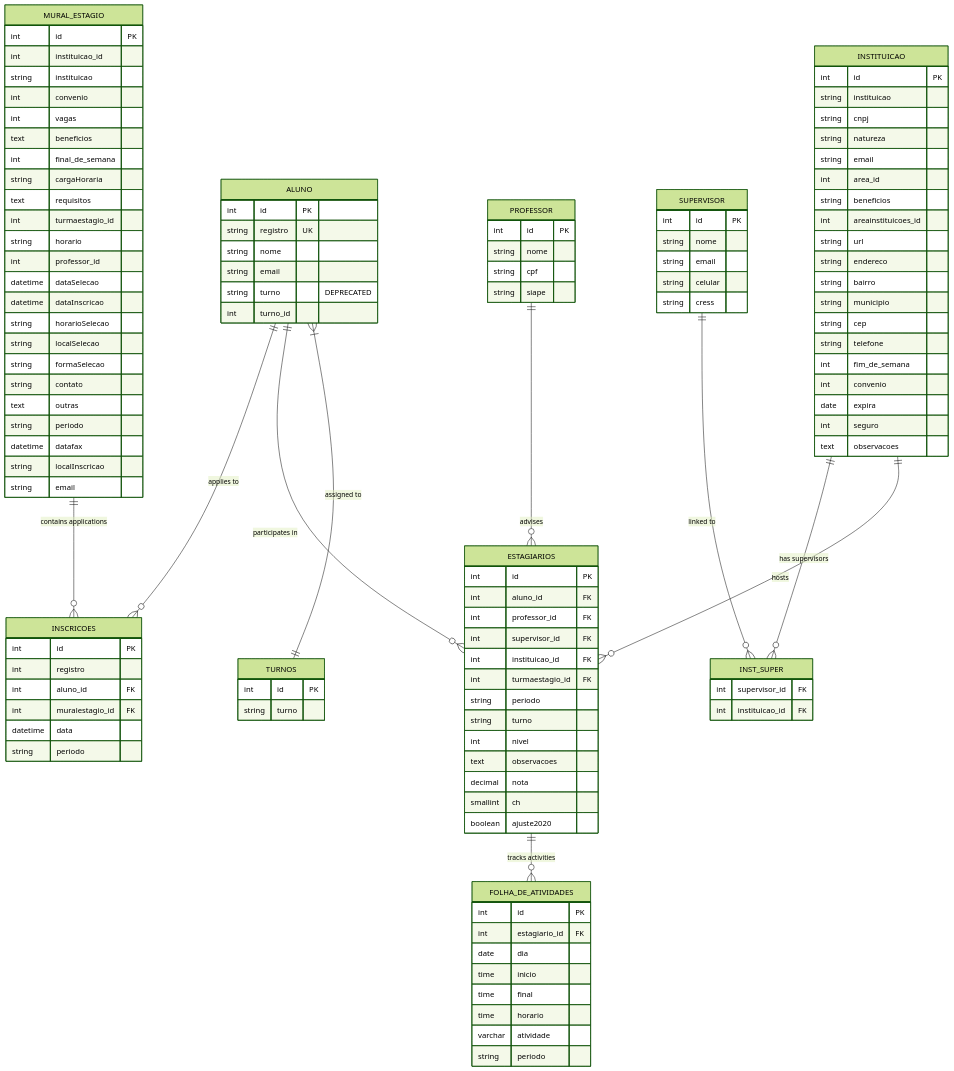
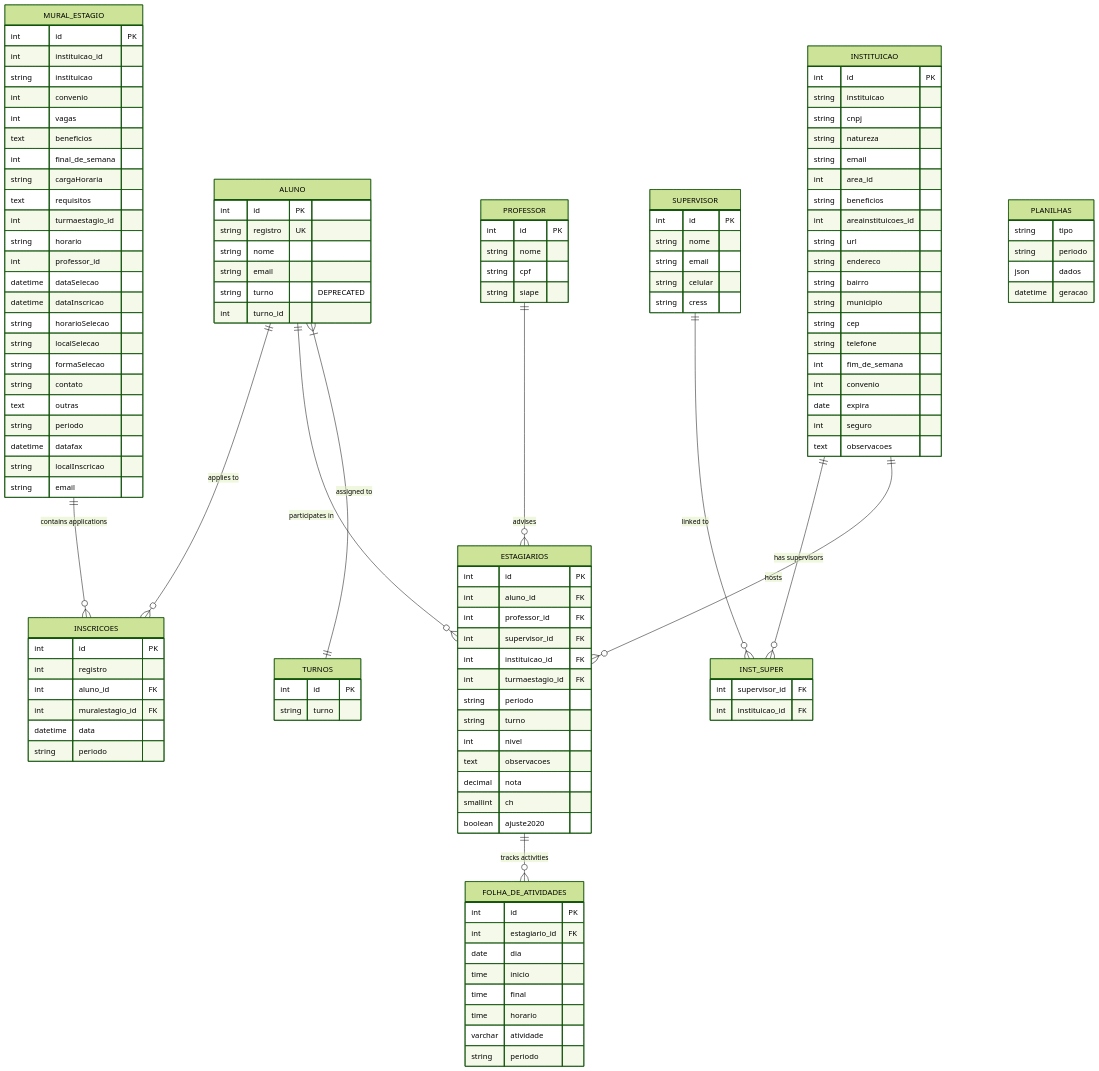
The third of 4 diagrams in .qoder/repowiki/en/content/Data Models & Database Design/Student & Internship Models.md (luiseduacosta/nodemural), drawn with Mermaid (forest theme) before and after one commit. The commit also changed other lines of this file and 30 other files, not shown here.

Commit message:
Update tables schema.

```diff
--- a/.qoder/repowiki/en/content/Data Models & Database Design/Student & Internship Models.md
+++ b/.qoder/repowiki/en/content/Data Models & Database Design/Student & Internship Models.md
@@ -502,6 +544,12 @@
 int id PK
 string turno
 }
+PLANILHAS {
+string tipo
+string periodo
+json dados
+datetime geracao
+}
 ALUNO ||--o{ INSCRICOES : "applies to"
 ALUNO ||--o{ ESTAGIARIOS : "participates in"
 PROFESSOR ||--o{ ESTAGIARIOS : "advises"
```
